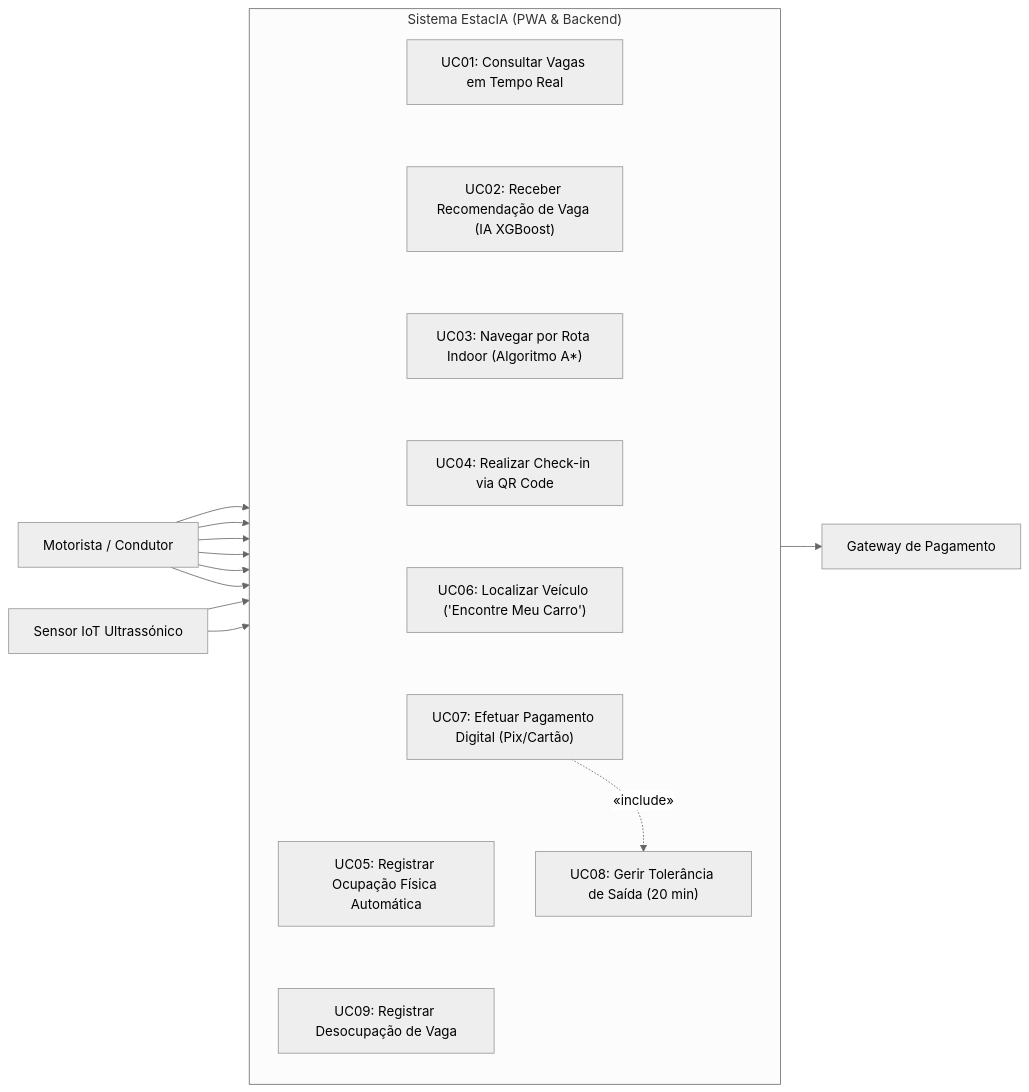
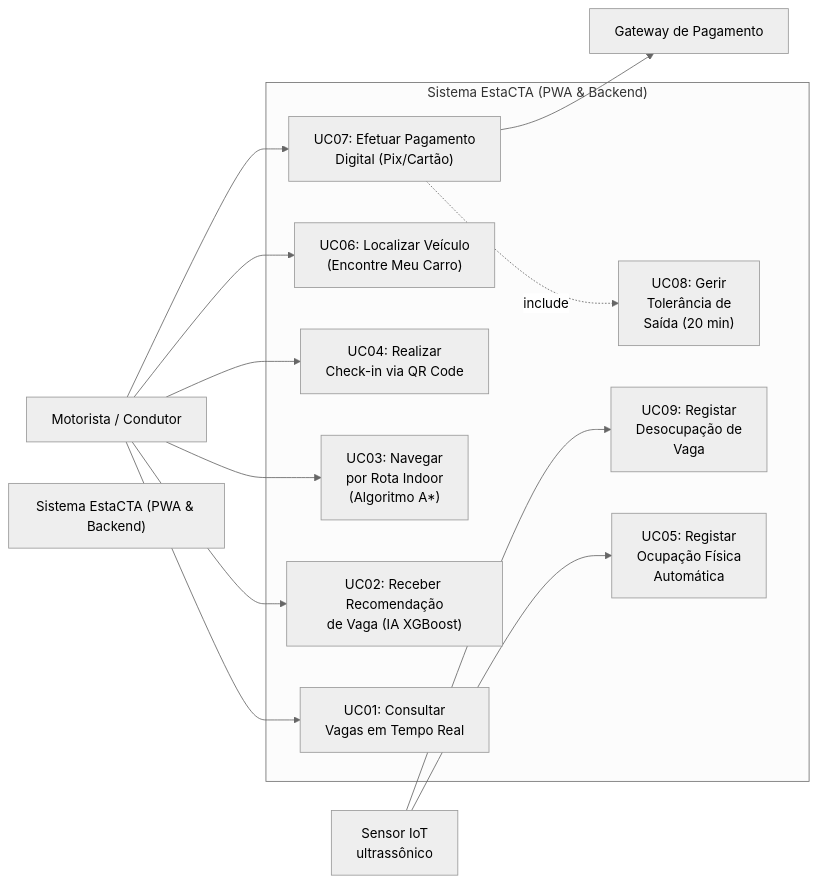
One commit to rafaelvaz-arch/teste-ADS-ESTACIA changed the diagram in docs/Casos_de_uso.md. Above: the diagram before and after it, drawn with Mermaid (neutral theme). The commit also changed other lines of this file, not shown here.

````diff
--- a/docs/Casos_de_uso.md
+++ b/docs/Casos_de_uso.md
@@ -5,50 +3,42 @@
-```mermaid
-graph LR
-    %% Atores
-    Motorista["Motorista / Condutor"]
-    Sensor["Sensor IoT Ultrassónico"]
-    Gateway["Gateway de Pagamento"]
+``` mermaid
+flowchart LR
+    M[Motorista / Condutor]
+    I[Sensor IoT<br/>ultrassônico]
+    S["Sistema EstaCTA (PWA & Backend)"]
+    G[Gateway de Pagamento]
 
-    %% Sistema EstacIA
-    subgraph Sistema ["Sistema EstacIA (PWA & Backend)"]
-        direction TB
-        
-        %% Definição ordenada dos Casos de Uso
-        UC01["UC01: Consultar Vagas em Tempo Real"]
-        UC02["UC02: Receber Recomendação de Vaga (IA XGBoost)"]
-        UC03["UC03: Navegar por Rota Indoor (Algoritmo A*)"]
-        UC04["UC04: Realizar Check-in via QR Code"]
-        UC06["UC06: Localizar Veículo ('Encontre Meu Carro')"]
-        UC07["UC07: Efetuar Pagamento Digital (Pix/Cartão)"]
-        UC08["UC08: Gerir Tolerância de Saída (20 min)"]
-        UC05["UC05: Registrar Ocupação Física Automática"]
-        UC09["UC09: Registrar Desocupação de Vaga"]
+    UC1["UC01: Consultar<br/>Vagas em Tempo Real"]
+    UC2["UC02: Receber Recomendação<br/>de Vaga (IA XGBoost)"]
+    UC3["UC03: Navegar<br/>por Rota Indoor<br/>(Algoritmo A*)"]
+    UC4["UC04: Realizar<br/>Check-in via QR Code"]
+    UC6["UC06: Localizar Veículo<br/>(Encontre Meu Carro)"]
+    UC7["UC07: Efetuar Pagamento<br/>Digital (Pix/Cartão)"]
+    UC8["UC08: Gerir<br/>Tolerância de<br/>Saída (20 min)"]
+    UC5["UC05: Registar<br/>Ocupação Física<br/>Automática"]
+    UC9["UC09: Registar<br/>Desocupação de<br/>Vaga"]
 
-        %% Forçar ordenação vertical perfeita (linhas invisíveis)
-        UC01 ~~~ UC02
-        UC02 ~~~ UC03
-        UC03 ~~~ UC04
-        UC04 ~~~ UC06
-        UC06 ~~~ UC07
-        UC07 ~~~ UC05
-        UC05 ~~~ UC09
+    M --> UC1
+    M --> UC2
+    M --> UC3
+    M --> UC4
+    M --> UC6
+    M --> UC7
 
-        %% Relacionamento include
-        UC07 -. "«include»" .-> UC08
+    I --> UC5
+    I --> UC9
+
+    UC7 -. include .-> UC8
+    UC7 --> G
+
+    subgraph SISTEMA["Sistema EstaCTA (PWA & Backend)"]
+        UC1
+        UC2
+        UC3
+        UC4
+        UC6
+        UC7
+        UC8
+        UC5
+        UC9
     end
-
-    %% Ligações do Motorista
-    Motorista --> UC01
-    Motorista --> UC02
-    Motorista --> UC03
-    Motorista --> UC04
-    Motorista --> UC06
-    Motorista --> UC07
-
-    %% Ligações do Sensor IoT
-    Sensor --> UC05
-    Sensor --> UC09
-
-    %% Ligações com Gateway
-    UC07 --> Gateway
 ```
````
